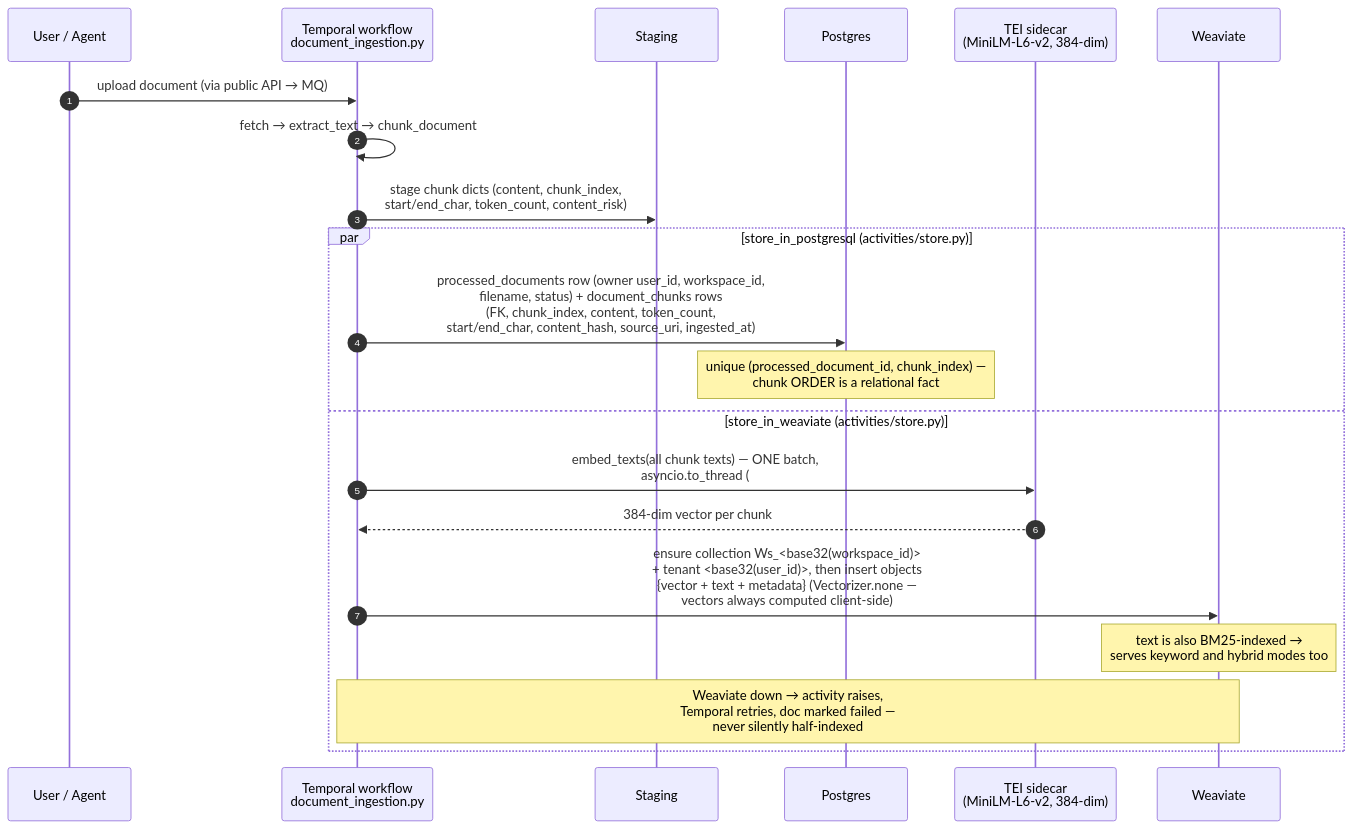
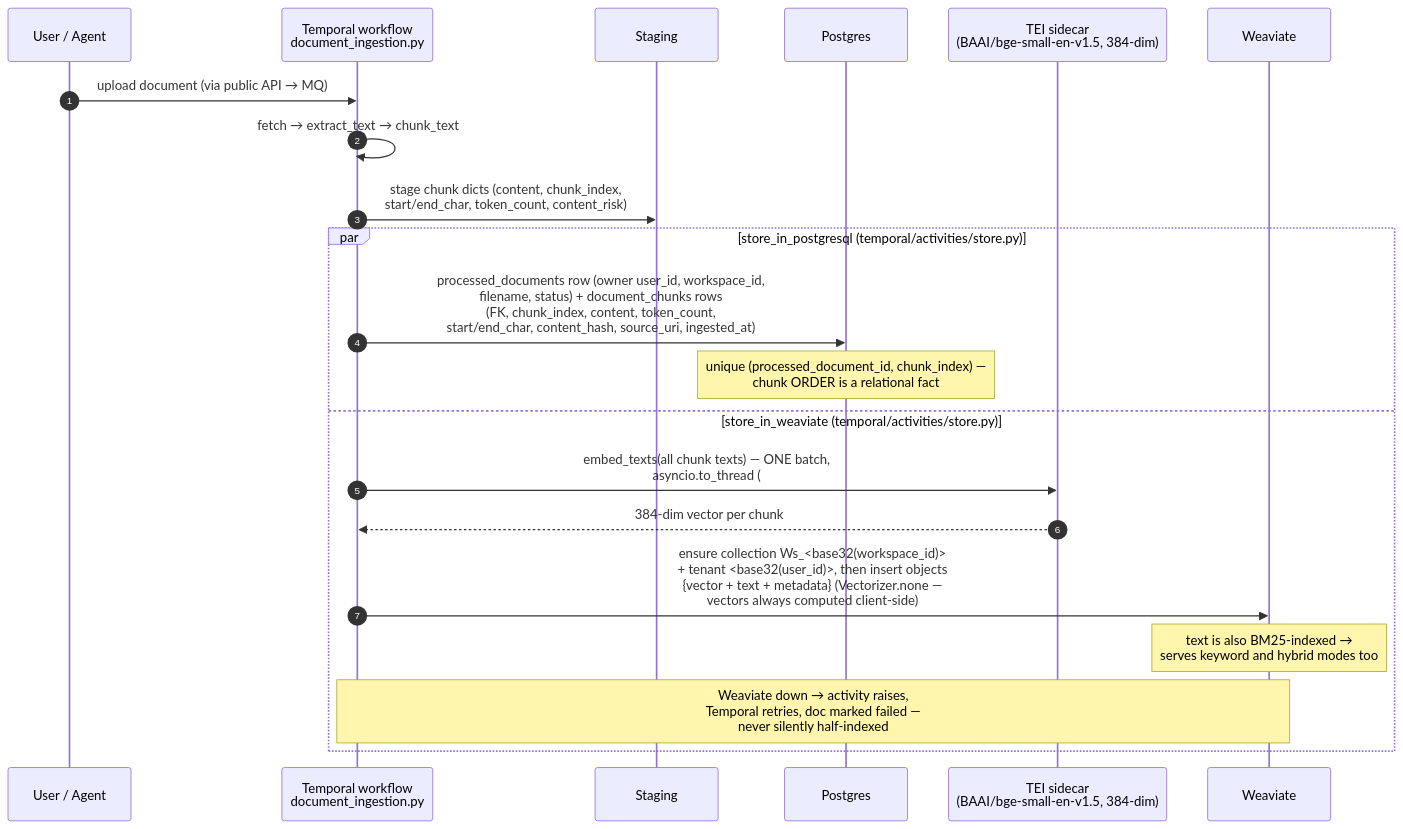
Before and after one commit to akash1047/inherent: the fourth of 4 diagrams in docs/developer/search-sequence.md, drawn with Mermaid. The commit also changed other lines of this file, not shown here.

First line of the commit message:
docs: fix factual drifts in search sequence diagrams

````diff
--- a/docs/developer/search-sequence.md
+++ b/docs/developer/search-sequence.md
@@ -220,25 +231,25 @@
 ```mermaid
 sequenceDiagram
     autonumber
     participant U as User / Agent
     participant WF as Temporal workflow<br/>document_ingestion.py
     participant ST as Staging
     participant PG as Postgres
-    participant TEI as TEI sidecar<br/>(MiniLM-L6-v2, 384-dim)
+    participant TEI as TEI sidecar<br/>(BAAI/bge-small-en-v1.5, 384-dim)
     participant WV as Weaviate
 
     U->>WF: upload document (via public API → MQ)
-    WF->>WF: fetch → extract_text → chunk_document
+    WF->>WF: fetch → extract_text → chunk_text
     WF->>ST: stage chunk dicts (content, chunk_index,<br/>start/end_char, token_count, content_risk)
 
-    par store_in_postgresql (activities/store.py)
+    par store_in_postgresql (temporal/activities/store.py)
         WF->>PG: processed_documents row (owner user_id, workspace_id,<br/>filename, status) + document_chunks rows<br/>(FK, chunk_index, content, token_count,<br/>start/end_char, content_hash, source_uri, ingested_at)
         Note over PG: unique (processed_document_id, chunk_index) —<br/>chunk ORDER is a relational fact
-    and store_in_weaviate (activities/store.py)
+    and store_in_weaviate (temporal/activities/store.py)
         WF->>TEI: embed_texts(all chunk texts) — ONE batch,<br/>asyncio.to_thread (#19)
         TEI-->>WF: 384-dim vector per chunk
         WF->>WV: ensure collection Ws_<base32(workspace_id)><br/>+ tenant <base32(user_id)>, then insert objects<br/>{vector + text + metadata} (Vectorizer.none —<br/>vectors always computed client-side)
         Note over WV: text is also BM25-indexed →<br/>serves keyword and hybrid modes too
         Note over WF,WV: Weaviate down → activity raises,<br/>Temporal retries, doc marked failed —<br/>never silently half-indexed
     end
 ```
````
